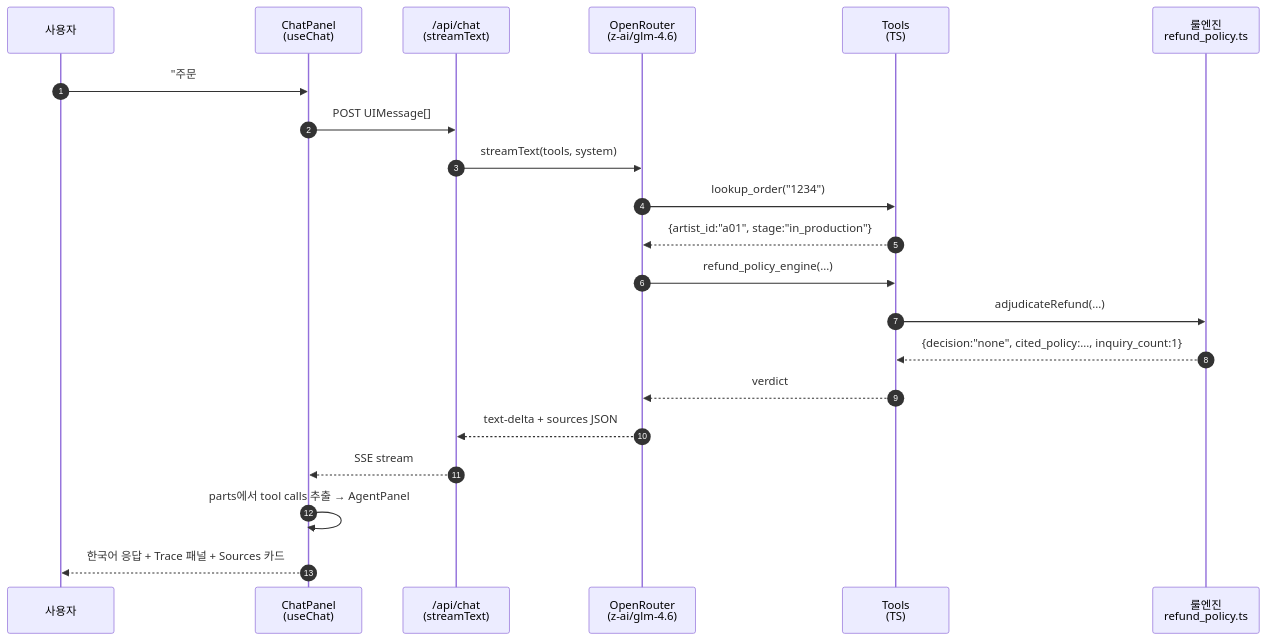
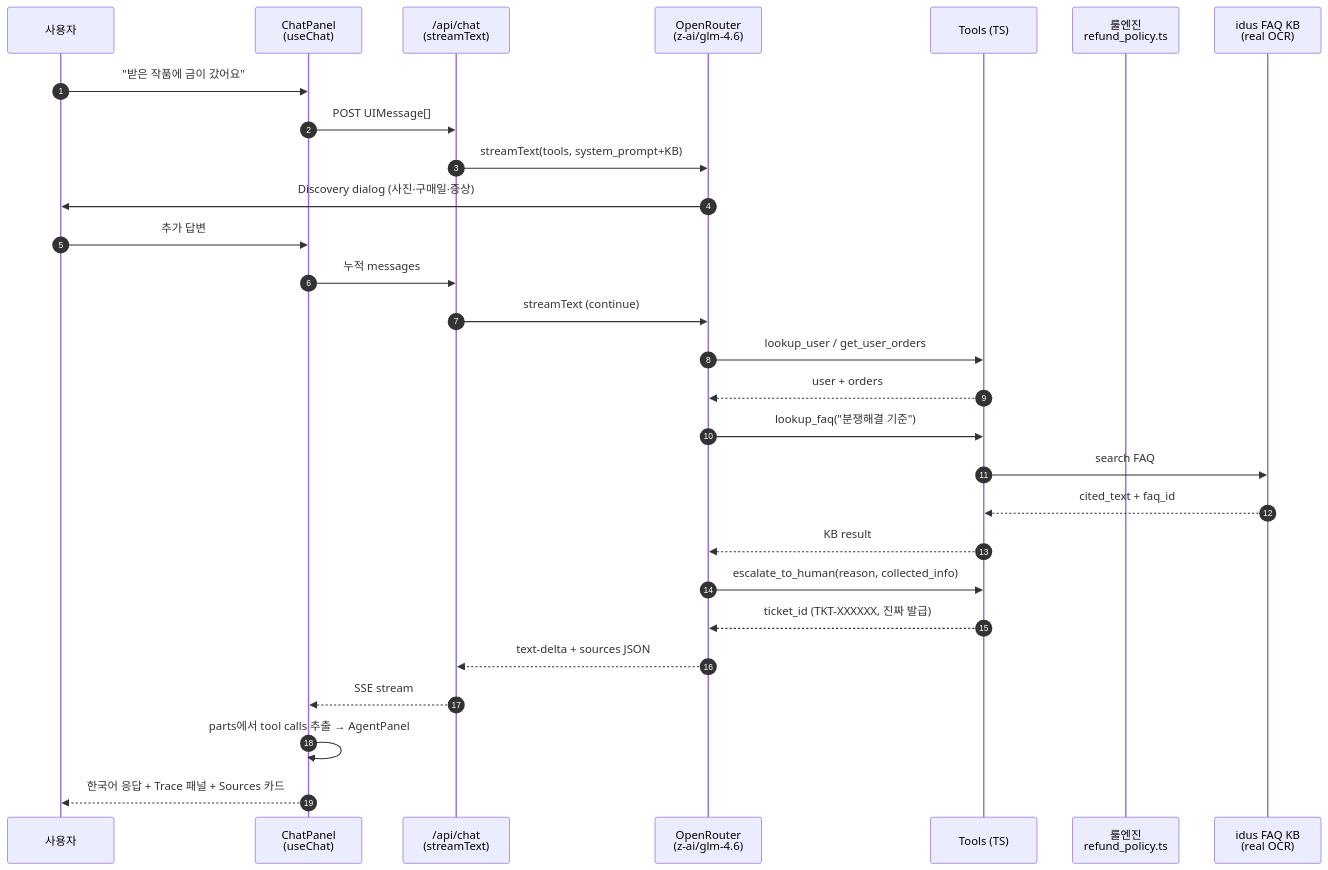
One commit to chosooyeon-dev/idus-cx-poc changed the diagram in docs/architecture.md. Above: the diagram before and after it, drawn with Mermaid. The commit also changed other lines of this file and 1 other file, not shown here.

First line of the commit message:
docs: architecture/transcript 보강 — 글로벌 모듈 재사용·합성 갭·Discovery 폭격

````diff
--- a/docs/architecture.md
+++ b/docs/architecture.md
@@ -25,24 +28,31 @@
 ```mermaid
 sequenceDiagram
     autonumber
     participant U as 사용자
     participant UI as ChatPanel<br/>(useChat)
     participant API as /api/chat<br/>(streamText)
     participant LLM as OpenRouter<br/>(z-ai/glm-4.6)
-    participant T as Tools<br/>(TS)
+    participant T as Tools (TS)
     participant RE as 룰엔진<br/>refund_policy.ts
+    participant KB as idus FAQ KB<br/>(real OCR)
 
-    U->>UI: "주문 #1234 환불해주세요"
+    U->>UI: "받은 작품에 금이 갔어요"
     UI->>API: POST UIMessage[]
-    API->>LLM: streamText(tools, system)
-    LLM->>T: lookup_order("1234")
-    T-->>LLM: {artist_id:"a01", stage:"in_production"}
-    LLM->>T: refund_policy_engine(...)
-    T->>RE: adjudicateRefund(...)
-    RE-->>T: {decision:"none", cited_policy:..., inquiry_count:1}
-    T-->>LLM: verdict
+    API->>LLM: streamText(tools, system_prompt+KB)
+    LLM->>U: Discovery dialog (사진·구매일·증상)
+    U->>UI: 추가 답변
+    UI->>API: 누적 messages
+    API->>LLM: streamText (continue)
+    LLM->>T: lookup_user / get_user_orders
+    T-->>LLM: user + orders
+    LLM->>T: lookup_faq("분쟁해결 기준")
+    T->>KB: search FAQ #23
+    KB-->>T: cited_text + faq_id
+    T-->>LLM: KB result
+    LLM->>T: escalate_to_human(reason, collected_info)
+    T-->>LLM: ticket_id (TKT-XXXXXX, 진짜 발급)
     LLM-->>API: text-delta + sources JSON
     API-->>UI: SSE stream
     UI->>UI: parts에서 tool calls 추출 → AgentPanel
     UI-->>U: 한국어 응답 + Trace 패널 + Sources 카드
 ```
````
